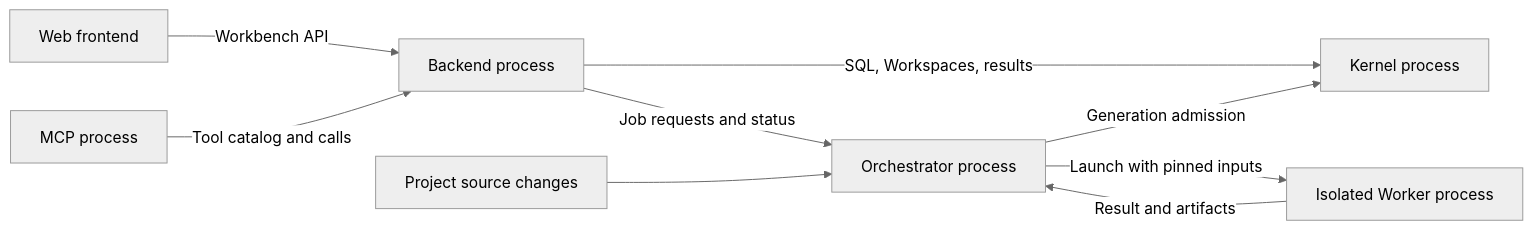
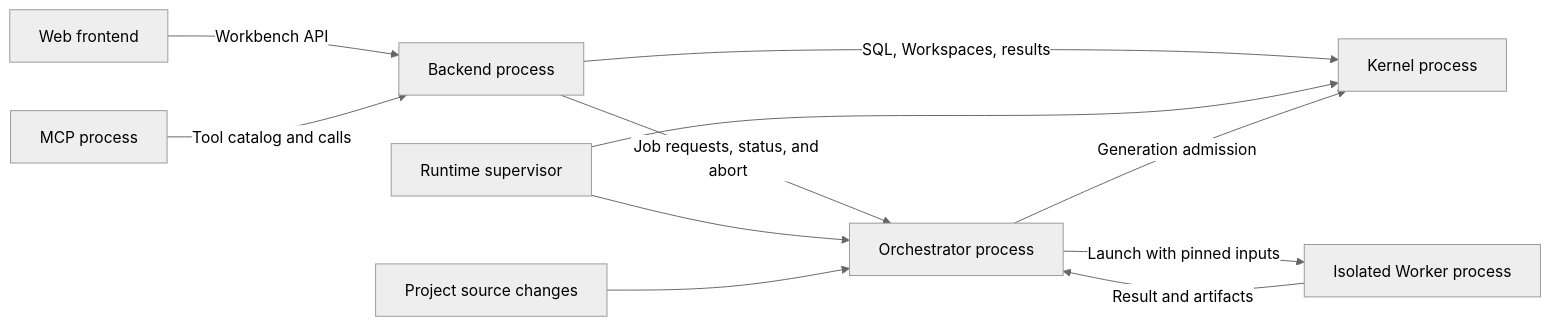
One commit to anatoly-m-maslennikov/anechoic-graph-sdd-framework changed the diagram in _anechoic_anechoic/__TICKETS/TASKS/AN-T-2944-EPIC--define-and-apply-component-import-boundaries/ASSETS/01_draft/AN-T-2958@1-draft-SPEC_PROPOSAL--define-target-component-import-and-call-boundaries.md. Above: the diagram before and after it, drawn with Mermaid (neutral theme). The commit also changed other lines of this file and 1165 other files, not shown here.

````diff
--- a/_anechoic_anechoic/__TICKETS/TASKS/AN-T-2944-EPIC--define-and-apply-component-import-boundaries/ASSETS/01_draft/AN-T-2958@1-draft-SPEC_PROPOSAL--define-target-component-import-and-call-boundaries.md
+++ b/_anechoic_anechoic/__TICKETS/TASKS/AN-T-2944-EPIC--define-and-apply-component-import-boundaries/ASSETS/01_draft/AN-T-2958@1-draft-SPEC_PROPOSAL--define-target-component-import-and-call-boundaries.md
@@ -54,11 +65,13 @@
 ```mermaid
 flowchart LR
     Web[Web frontend] -->|Workbench API| Backend[Backend process]
     MCP[MCP process] -->|Tool catalog and calls| Backend
     Backend -->|SQL, Workspaces, results| Kernel[Kernel process]
-    Backend -->|Job requests and status| Orchestrator[Orchestrator process]
+    Backend -->|Job requests, status, and abort| Orchestrator[Orchestrator process]
+    Setup[Runtime supervisor] --> Kernel
+    Setup --> Orchestrator
     Source[Project source changes] --> Orchestrator
     Orchestrator -->|Launch with pinned inputs| Worker[Isolated Worker process]
     Worker -->|Result and artifacts| Orchestrator
     Orchestrator -->|Generation admission| Kernel
 ```
````
